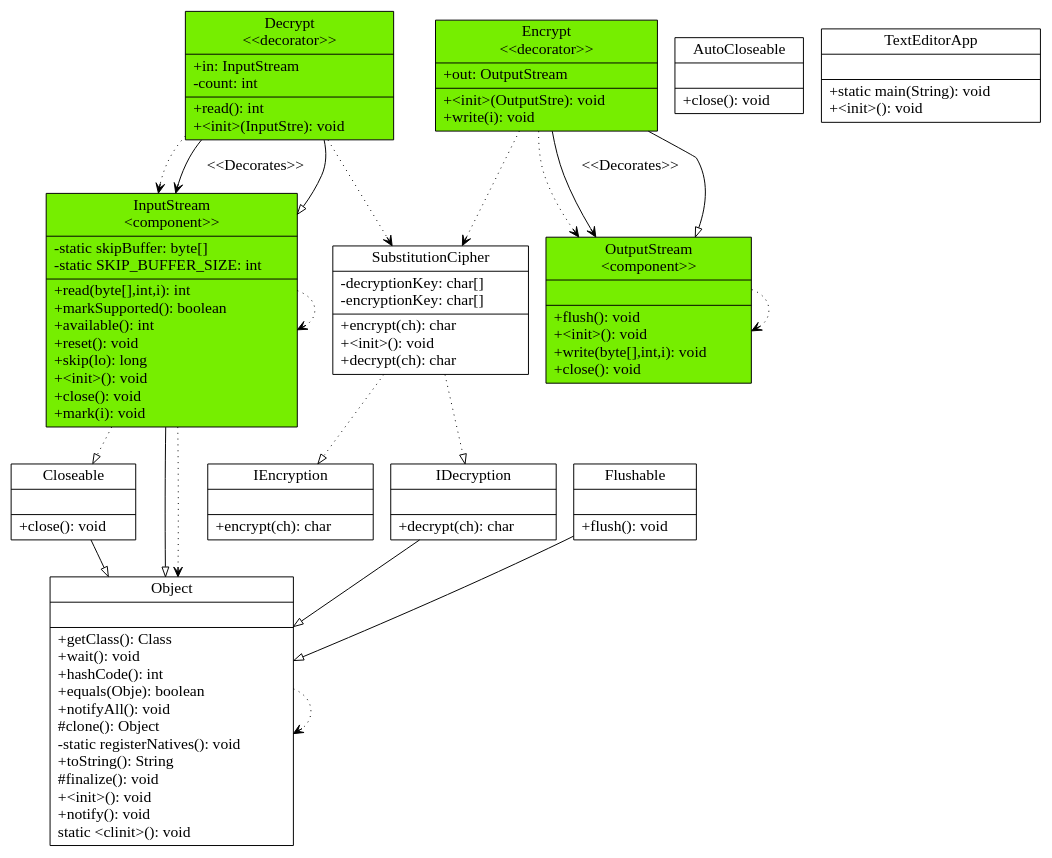
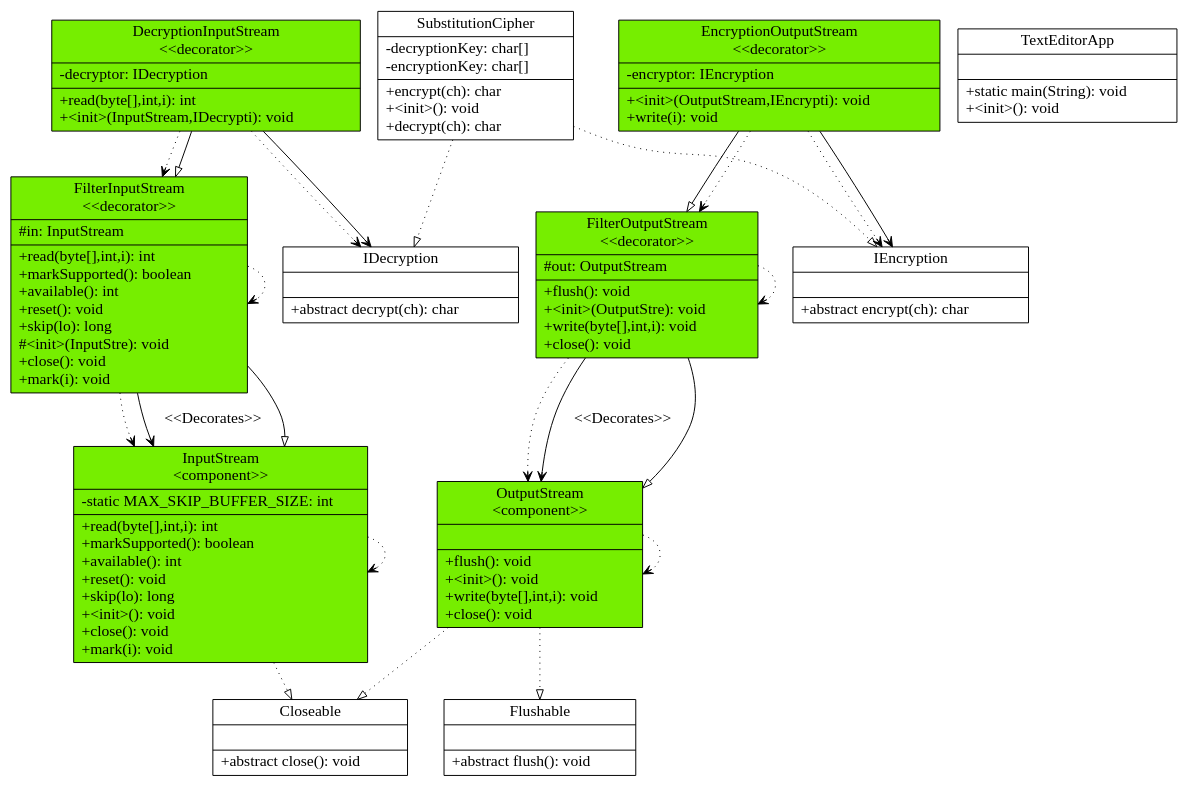
Before and after one commit to Maast3r/UMLMaker: the diagram in src/lab2one.dot, drawn with Graphviz. The commit also changed 35 other files, not shown here.

```diff
--- a/src/lab2one.dot
+++ b/src/lab2one.dot
@@ -1,108 +1,112 @@
 digraph G{
 	fontname = "Bitstream Vera Sans"
 	fontsize = 16
 
 node [
 	fontname = "Bitstream Vera Sans"
 	fontsize = 16
 
  shape = "record"
 ]
 edge [
 	fontname = "Bitstream Vera Sans"
 	fontsize = 16
 ]
+FilterInputStream [ 
+center=true
+    label="{FilterInputStream\n\<\<decorator\>\>|#in: InputStream \l | +read(byte[],int,i): int\l+markSupported(): boolean\l+available(): int\l+reset(): void\l+skip(lo): long\l#\<init\>(InputStre): void\l+close(): void\l+mark(i): void\l}"color = null
+style = filled 
+ fillcolor = chartreuse2
+]
 IEncryption [ 
 center=true
-    label="{IEncryption| | +encrypt(ch): char\l}"color = black
+    label="{IEncryption| | +abstract encrypt(ch): char\l}"color = black
 style = filled 
  fillcolor = white
 ]
-Decrypt [ 
+InputStream [ 
 center=true
-    label="{Decrypt\n\<\<decorator\>\>|+in: InputStream \l-count: int \l | +read(): int\l+\<init\>(InputStre): void\l}"color = null
+    label="{InputStream\n\<\component\>\>|-static MAX_SKIP_BUFFER_SIZE: int \l | +read(byte[],int,i): int\l+markSupported(): boolean\l+available(): int\l+reset(): void\l+skip(lo): long\l+\<init\>(): void\l+close(): void\l+mark(i): void\l}"color = null
 style = filled 
  fillcolor = chartreuse2
 ]
-InputStream [ 
+EncryptionOutputStream [ 
 center=true
-    label="{InputStream\n\<\component\>\>|-static skipBuffer: byte[] \l-static SKIP_BUFFER_SIZE: int \l | +read(byte[],int,i): int\l+markSupported(): boolean\l+available(): int\l+reset(): void\l+skip(lo): long\l+\<init\>(): void\l+close(): void\l+mark(i): void\l}"color = null
+    label="{EncryptionOutputStream\n\<\<decorator\>\>|-encryptor: IEncryption \l | +\<init\>(OutputStream,IEncrypti): void\l+write(i): void\l}"color = null
 style = filled 
  fillcolor = chartreuse2
 ]
 OutputStream [ 
 center=true
     label="{OutputStream\n\<\component\>\>| | +flush(): void\l+\<init\>(): void\l+write(byte[],int,i): void\l+close(): void\l}"color = null
 style = filled 
  fillcolor = chartreuse2
 ]
 Closeable [ 
 center=true
-    label="{Closeable| | +close(): void\l}"color = black
-style = filled 
- fillcolor = white
-]
-AutoCloseable [ 
-center=true
-    label="{AutoCloseable| | +close(): void\l}"color = black
+    label="{Closeable| | +abstract close(): void\l}"color = black
 style = filled 
  fillcolor = white
 ]
 SubstitutionCipher [ 
 center=true
     label="{SubstitutionCipher|-decryptionKey: char[] \l-encryptionKey: char[] \l | +encrypt(ch): char\l+\<init\>(): void\l+decrypt(ch): char\l}"color = black
 style = filled 
  fillcolor = white
 ]
+DecryptionInputStream [ 
+center=true
+    label="{DecryptionInputStream\n\<\<decorator\>\>|-decryptor: IDecryption \l | +read(byte[],int,i): int\l+\<init\>(InputStream,IDecrypti): void\l}"color = null
+style = filled 
+ fillcolor = chartreuse2
+]
 IDecryption [ 
 center=true
-    label="{IDecryption| | +decrypt(ch): char\l}"color = black
+    label="{IDecryption| | +abstract decrypt(ch): char\l}"color = black
 style = filled 
  fillcolor = white
 ]
-Object [ 
+FilterOutputStream [ 
 center=true
-    label="{Object| | +getClass(): Class\l+wait(): void\l+hashCode(): int\l+equals(Obje): boolean\l+notifyAll(): void\l#clone(): Object\l-static registerNatives(): void\l+toString(): String\l#finalize(): void\l+\<init\>(): void\l+notify(): void\lstatic \<clinit\>(): void\l}"color = black
+    label="{FilterOutputStream\n\<\<decorator\>\>|#out: OutputStream \l | +flush(): void\l+\<init\>(OutputStre): void\l+write(byte[],int,i): void\l+close(): void\l}"color = null
 style = filled 
- fillcolor = white
+ fillcolor = chartreuse2
 ]
 Flushable [ 
 center=true
-    label="{Flushable| | +flush(): void\l}"color = black
+    label="{Flushable| | +abstract flush(): void\l}"color = black
 style = filled 
  fillcolor = white
-]
-Encrypt [ 
-center=true
-    label="{Encrypt\n\<\<decorator\>\>|+out: OutputStream \l | +\<init\>(OutputStre): void\l+write(i): void\l}"color = null
-style = filled 
- fillcolor = chartreuse2
 ]
 TextEditorApp [ 
 center=true
     label="{TextEditorApp| | +static main(String): void\l+\<init\>(): void\l}"color = black
 style = filled 
  fillcolor = white
 ]
-Decrypt -> InputStream[arrowhead = vee, style = dotted]
-Decrypt -> InputStream[arrowhead = vee,label="\<\<Decorates\>\>"]
-Decrypt -> SubstitutionCipher[arrowhead = vee, style = dotted]
-Decrypt -> InputStream [arrowhead = onormal]
+FilterInputStream -> InputStream[arrowhead = vee, style = dotted]
+FilterInputStream -> InputStream[arrowhead = vee,label="\<\<Decorates\>\>"]
+FilterInputStream -> InputStream [arrowhead = onormal]
+FilterInputStream -> FilterInputStream[arrowhead = vee, style = dotted]
 InputStream -> Closeable[arrowhead = onormal,style = dotted]
 InputStream -> InputStream[arrowhead = vee, style = dotted]
-InputStream -> Object [arrowhead = onormal]
-InputStream -> Object[arrowhead = vee, style = dotted]
+EncryptionOutputStream -> IEncryption[arrowhead = vee, style = dotted]
+EncryptionOutputStream -> FilterOutputStream [arrowhead = onormal]
+EncryptionOutputStream -> IEncryption[arrowhead = veenull]
+EncryptionOutputStream -> FilterOutputStream[arrowhead = vee, style = dotted]
+OutputStream -> Closeable[arrowhead = onormal,style = dotted]
+OutputStream -> Flushable[arrowhead = onormal,style = dotted]
 OutputStream -> OutputStream[arrowhead = vee, style = dotted]
-Closeable -> Object [arrowhead = onormal]
 SubstitutionCipher -> IDecryption[arrowhead = onormal,style = dotted]
 SubstitutionCipher -> IEncryption[arrowhead = onormal,style = dotted]
-Object -> Object[arrowhead = vee, style = dotted]
-IDecryption -> Object [arrowhead = onormal]
-Flushable -> Object [arrowhead = onormal]
-Encrypt -> OutputStream[arrowhead = vee, style = dotted]
-Encrypt -> OutputStream[arrowhead = vee,label="\<\<Decorates\>\>"]
-Encrypt -> SubstitutionCipher[arrowhead = vee, style = dotted]
-Encrypt -> OutputStream [arrowhead = onormal]
+DecryptionInputStream -> IDecryption[arrowhead = vee, style = dotted]
+DecryptionInputStream -> IDecryption[arrowhead = veenull]
+DecryptionInputStream -> FilterInputStream[arrowhead = vee, style = dotted]
+DecryptionInputStream -> FilterInputStream [arrowhead = onormal]
+FilterOutputStream -> OutputStream[arrowhead = vee, style = dotted]
+FilterOutputStream -> OutputStream[arrowhead = vee,label="\<\<Decorates\>\>"]
+FilterOutputStream -> OutputStream [arrowhead = onormal]
+FilterOutputStream -> FilterOutputStream[arrowhead = vee, style = dotted]
 
 
 }
```
